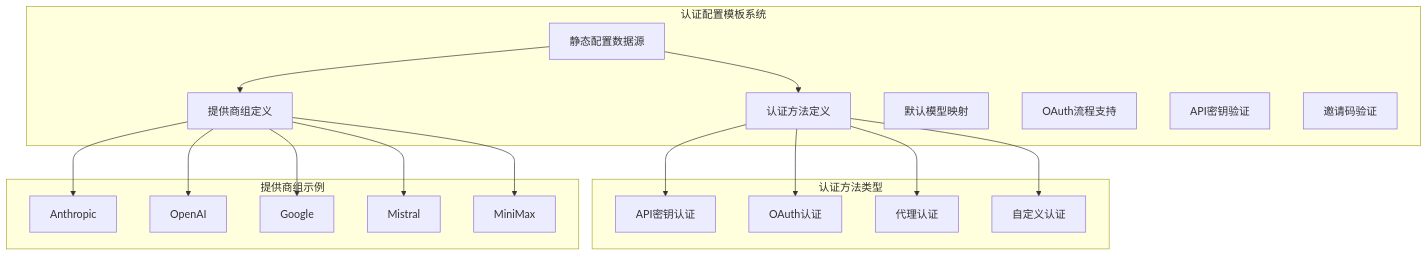
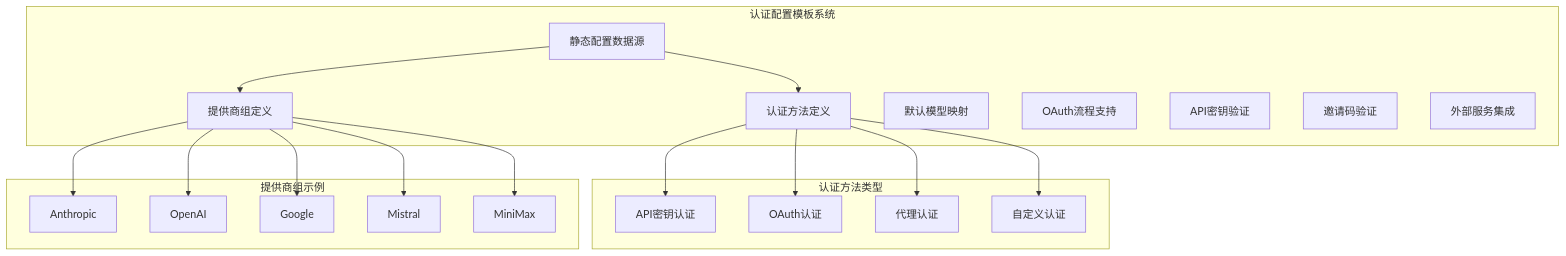
Before and after one commit to verse-ai-org/openclaw: the sixth of 15 diagrams in .qoder/repowiki/zh/content/开发者指南/设置向导系统.md, drawn with Mermaid. The commit also changed other lines of this file and 7 other files, not shown here.

````diff
--- a/.qoder/repowiki/zh/content/开发者指南/设置向导系统.md
+++ b/.qoder/repowiki/zh/content/开发者指南/设置向导系统.md
@@ -447,36 +484,37 @@
 ```mermaid
 graph TB
 subgraph "认证配置模板系统"
 A[静态配置数据源]
 B[认证方法定义]
 C[提供商组定义]
 D[默认模型映射]
 E[OAuth流程支持]
 F[API密钥验证]
 G[邀请码验证]
+H[外部服务集成]
 end
 subgraph "认证方法类型"
 B1[API密钥认证]
 B2[OAuth认证]
 B3[代理认证]
 B4[自定义认证]
 end
 subgraph "提供商组示例"
 C1[Anthropic]
 C2[OpenAI]
 C3[Google]
 C4[Mistral]
 C5[MiniMax]
 end
 A --> B
 A --> C
 B --> B1
 B --> B2
 B --> B3
 B --> B4
 C --> C1
 C --> C2
 C --> C3
 C --> C4
 C --> C5
 ```
````
